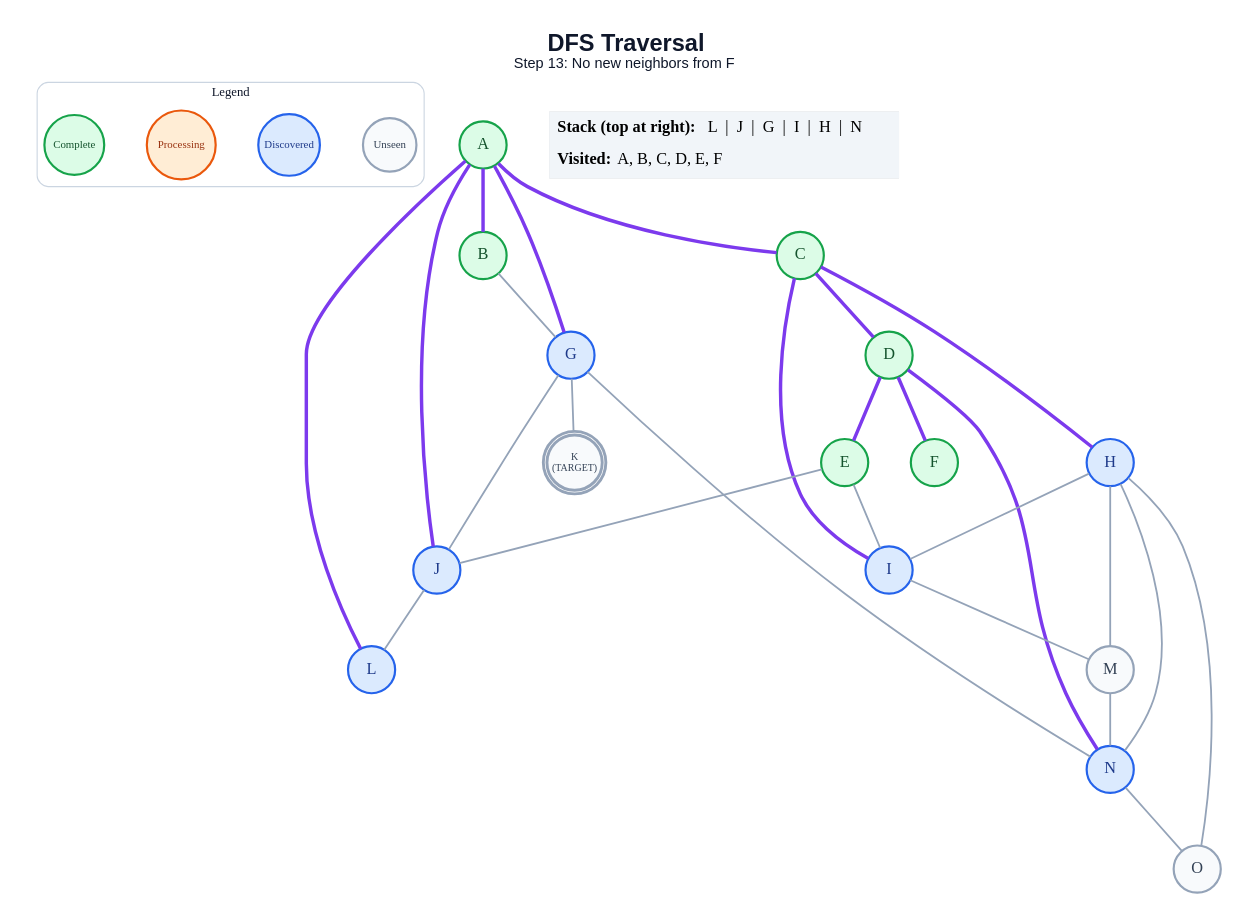
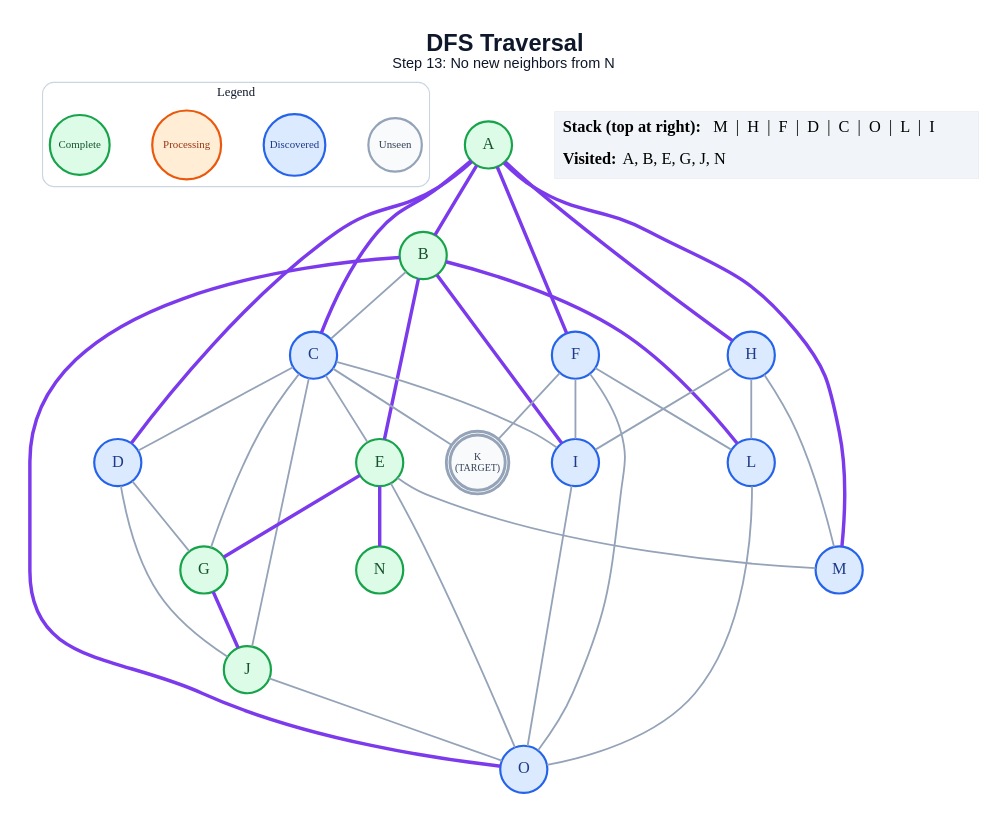
One commit to anon7238593-create/ai-slop changed the diagram in generated/specific-node/dfs/step_13.dot. Above: the diagram before and after it, drawn with Graphviz. The commit also changed 309 other files, not shown here.

```diff
--- a/generated/specific-node/dfs/step_13.dot
+++ b/generated/specific-node/dfs/step_13.dot
@@ -1,59 +1,68 @@
 graph traversal {
   graph [layout=dot, rankdir=TB, bgcolor="#FFFFFF", pad="0.35", nodesep="0.65", ranksep="0.8", fontname="Arial"];
   node [shape=circle, style="filled", fontname="Arial Bold", fontsize=18, width=0.72, fixedsize=true, penwidth=2.4];
   edge [color="#94A3B8", penwidth=2.0];
-  label=<<B>DFS Traversal</B><BR/><FONT POINT-SIZE="16">Step 13: No new neighbors from F</FONT>>; labelloc="t"; fontsize=26; fontname="Arial"; fontcolor="#0F172A";
+  label=<<B>DFS Traversal</B><BR/><FONT POINT-SIZE="16">Step 13: No new neighbors from N</FONT>>; labelloc="t"; fontsize=26; fontname="Arial"; fontcolor="#0F172A";
   subgraph cluster_legend { label="Legend"; color="#CBD5E1"; penwidth=1.2; style="rounded"; fontsize=14; fontname="Arial Bold";
     key_unseen [label="Unseen", fillcolor="#F8FAFC", color="#94A3B8", fontcolor="#334155", fontsize=12, width=0.82];
     key_frontier [label="Discovered", fillcolor="#DBEAFE", color="#2563EB", fontcolor="#1E3A8A", fontsize=12, width=0.95];
     key_current [label="Processing", fillcolor="#FFEDD5", color="#EA580C", fontcolor="#9A3412", fontsize=12, width=1.05];
     key_done [label="Complete", fillcolor="#DCFCE7", color="#16A34A", fontcolor="#14532D", fontsize=12, width=0.92];
     { rank=same; key_unseen; key_frontier; key_current; key_done; }
   }
   A [label="A", fillcolor="#DCFCE7", color="#16A34A", fontcolor="#14532D", peripheries=1, penwidth=2.4];
   B [label="B", fillcolor="#DCFCE7", color="#16A34A", fontcolor="#14532D", peripheries=1, penwidth=2.4];
-  C [label="C", fillcolor="#DCFCE7", color="#16A34A", fontcolor="#14532D", peripheries=1, penwidth=2.4];
-  D [label="D", fillcolor="#DCFCE7", color="#16A34A", fontcolor="#14532D", peripheries=1, penwidth=2.4];
+  C [label="C", fillcolor="#DBEAFE", color="#2563EB", fontcolor="#1E3A8A", peripheries=1, penwidth=2.4];
+  D [label="D", fillcolor="#DBEAFE", color="#2563EB", fontcolor="#1E3A8A", peripheries=1, penwidth=2.4];
   E [label="E", fillcolor="#DCFCE7", color="#16A34A", fontcolor="#14532D", peripheries=1, penwidth=2.4];
-  F [label="F", fillcolor="#DCFCE7", color="#16A34A", fontcolor="#14532D", peripheries=1, penwidth=2.4];
-  G [label="G", fillcolor="#DBEAFE", color="#2563EB", fontcolor="#1E3A8A", peripheries=1, penwidth=2.4];
+  F [label="F", fillcolor="#DBEAFE", color="#2563EB", fontcolor="#1E3A8A", peripheries=1, penwidth=2.4];
+  G [label="G", fillcolor="#DCFCE7", color="#16A34A", fontcolor="#14532D", peripheries=1, penwidth=2.4];
   H [label="H", fillcolor="#DBEAFE", color="#2563EB", fontcolor="#1E3A8A", peripheries=1, penwidth=2.4];
   I [label="I", fillcolor="#DBEAFE", color="#2563EB", fontcolor="#1E3A8A", peripheries=1, penwidth=2.4];
-  J [label="J", fillcolor="#DBEAFE", color="#2563EB", fontcolor="#1E3A8A", peripheries=1, penwidth=2.4];
+  J [label="J", fillcolor="#DCFCE7", color="#16A34A", fontcolor="#14532D", peripheries=1, penwidth=2.4];
   K [label="K\n(TARGET)", fillcolor="#F8FAFC", color="#94A3B8", fontcolor="#334155", peripheries=2, penwidth=3.2, fontsize=11, width=0.85, height=0.85];
   L [label="L", fillcolor="#DBEAFE", color="#2563EB", fontcolor="#1E3A8A", peripheries=1, penwidth=2.4];
-  M [label="M", fillcolor="#F8FAFC", color="#94A3B8", fontcolor="#334155", peripheries=1, penwidth=2.4];
-  N [label="N", fillcolor="#DBEAFE", color="#2563EB", fontcolor="#1E3A8A", peripheries=1, penwidth=2.4];
-  O [label="O", fillcolor="#F8FAFC", color="#94A3B8", fontcolor="#334155", peripheries=1, penwidth=2.4];
+  M [label="M", fillcolor="#DBEAFE", color="#2563EB", fontcolor="#1E3A8A", peripheries=1, penwidth=2.4];
+  N [label="N", fillcolor="#DCFCE7", color="#16A34A", fontcolor="#14532D", peripheries=1, penwidth=2.4];
+  O [label="O", fillcolor="#DBEAFE", color="#2563EB", fontcolor="#1E3A8A", peripheries=1, penwidth=2.4];
   A -- B [color="#7C3AED", penwidth=3.8];
   A -- C [color="#7C3AED", penwidth=3.8];
-  A -- G [color="#7C3AED", penwidth=3.8];
-  A -- J [color="#7C3AED", penwidth=3.8];
-  A -- L [color="#7C3AED", penwidth=3.8];
-  B -- G;
-  C -- D [color="#7C3AED", penwidth=3.8];
-  C -- H [color="#7C3AED", penwidth=3.8];
-  C -- I [color="#7C3AED", penwidth=3.8];
-  D -- E [color="#7C3AED", penwidth=3.8];
-  D -- F [color="#7C3AED", penwidth=3.8];
-  D -- N [color="#7C3AED", penwidth=3.8];
-  E -- I;
-  E -- J;
-  G -- J;
-  G -- K;
-  G -- N;
+  A -- D [color="#7C3AED", penwidth=3.8];
+  A -- F [color="#7C3AED", penwidth=3.8];
+  A -- H [color="#7C3AED", penwidth=3.8];
+  A -- M [color="#7C3AED", penwidth=3.8];
+  B -- C;
+  B -- E [color="#7C3AED", penwidth=3.8];
+  B -- I [color="#7C3AED", penwidth=3.8];
+  B -- L [color="#7C3AED", penwidth=3.8];
+  B -- O [color="#7C3AED", penwidth=3.8];
+  C -- D;
+  C -- E;
+  C -- G;
+  C -- I;
+  C -- J;
+  C -- K;
+  D -- G;
+  D -- J;
+  E -- G [color="#7C3AED", penwidth=3.8];
+  E -- M;
+  E -- N [color="#7C3AED", penwidth=3.8];
+  E -- O;
+  F -- I;
+  F -- K;
+  F -- L;
+  F -- O;
+  G -- J [color="#7C3AED", penwidth=3.8];
   H -- I;
+  H -- L;
   H -- M;
-  H -- N;
-  H -- O;
-  I -- M;
-  J -- L;
-  M -- N;
-  N -- O;
+  I -- O;
+  J -- O;
+  L -- O;
   status [shape=plain, fixedsize=false, width=0, height=0, margin=0, label=<
     <TABLE BORDER="0" CELLBORDER="0" CELLPADDING="7" BGCOLOR="#F1F5F9">
-      <TR><TD ALIGN="LEFT"><B>Stack (top at right):</B> L  |  J  |  G  |  I  |  H  |  N</TD></TR>
-      <TR><TD ALIGN="LEFT"><B>Visited:</B> A, B, C, D, E, F</TD></TR>
+      <TR><TD ALIGN="LEFT"><B>Stack (top at right):</B> M  |  H  |  F  |  D  |  C  |  O  |  L  |  I</TD></TR>
+      <TR><TD ALIGN="LEFT"><B>Visited:</B> A, B, E, G, J, N</TD></TR>
     </TABLE>
   >];
 }
```
